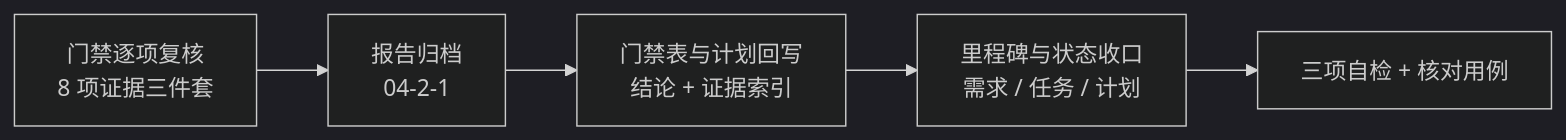
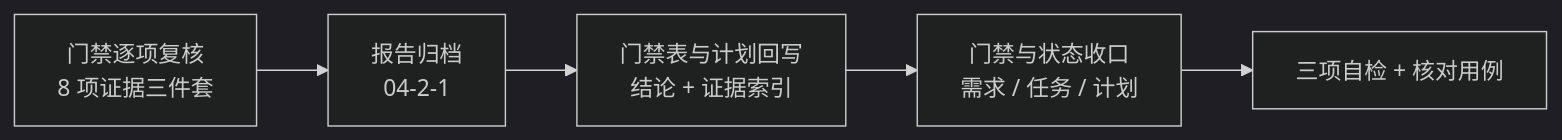
The diagram in bms文档/项目/03_后端插件化/任务/04_首个能力与阶段验收/04_首个能力与阶段验收_02_阶段收口/实施/01_实施_01_阶段收口.md (minjian123/basic-management-system), drawn with Mermaid (dark theme) before and after one commit. The commit also changed other lines of this file and 641 other files, not shown here.

````diff
--- a/bms文档/项目/03_后端插件化/任务/04_首个能力与阶段验收/04_首个能力与阶段验收_02_阶段收口/实施/01_实施_01_阶段收口.md
+++ b/bms文档/项目/03_后端插件化/任务/04_首个能力与阶段验收/04_首个能力与阶段验收_02_阶段收口/实施/01_实施_01_阶段收口.md
@@ -22,7 +22,7 @@
 ```mermaid
 flowchart LR
     A[门禁逐项复核<br/>8 项证据三件套] --> B[报告归档<br/>04-2-1]
     B --> C[门禁表与计划回写<br/>结论 + 证据索引]
-    C --> D[里程碑与状态收口<br/>需求 / 任务 / 计划]
+ C --> D[门禁与状态收口<br/>需求 / 任务 / 计划]
     D --> E[三项自检 + 核对用例]
 ```
````
